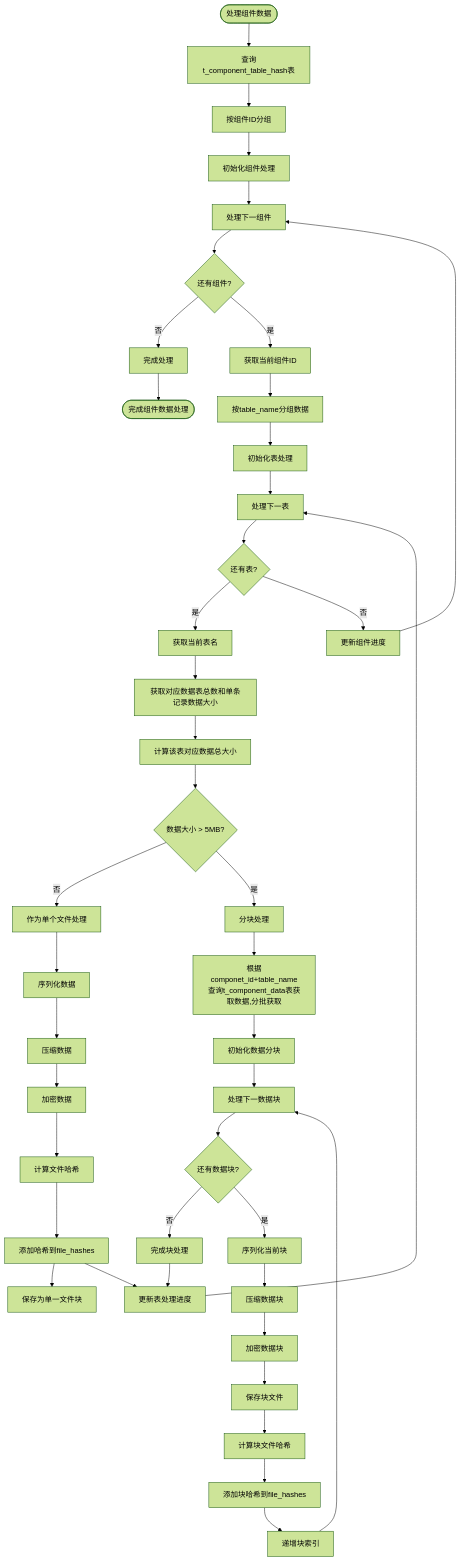
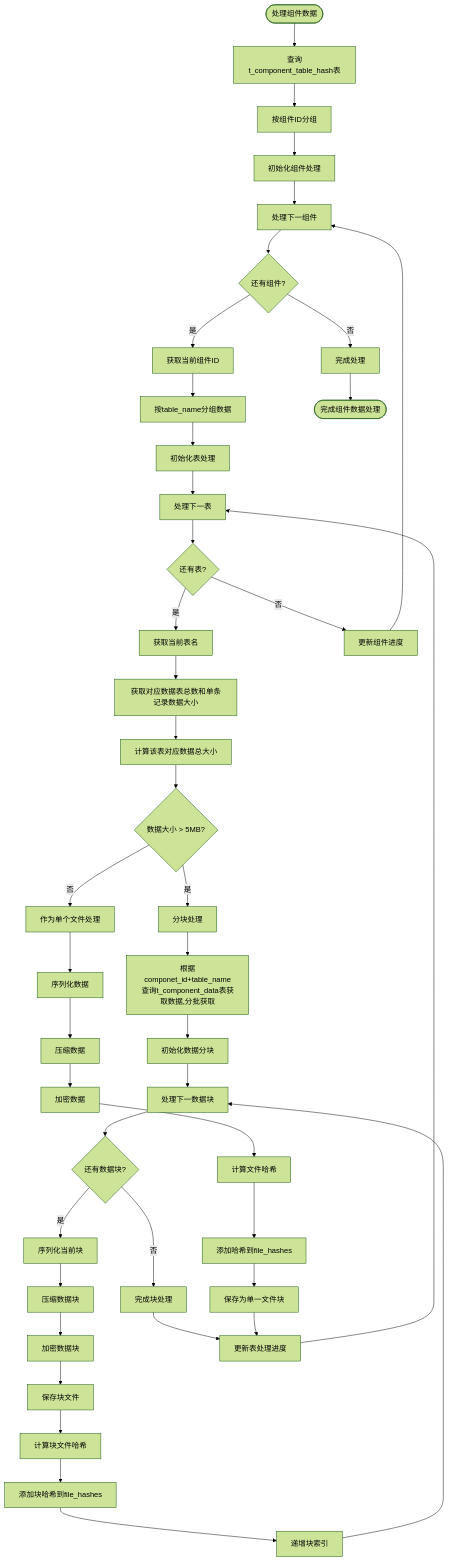
The diagram in all/未命名-56.md (yingjianzh/iodraw-files), drawn with Mermaid (forest theme) before and after one commit.

Commit message:
2025-05-12 14:39:10 update

````diff
--- a/all/未命名-56.md
+++ b/all/未命名-56.md
@@ -1,62 +1,62 @@
 ```mermaid
 
 flowchart TD
     Start([处理组件数据]) --> QueryDB[查询t_component_table_hash表]
     QueryDB --> GroupByComp[按组件ID分组]
     GroupByComp --> InitCompProcess[初始化组件处理]
     
     InitCompProcess --> ProcessNextComp[处理下一组件]
     ProcessNextComp --> MoreComps{还有组件?}
     MoreComps -->|否| CompleteProcess[完成处理]
     MoreComps -->|是| GetCompID[获取当前组件ID]
     
     GetCompID --> GroupByTable[按table_name分组数据]
     GroupByTable --> InitTableProcess[初始化表处理]
     
     InitTableProcess --> ProcessNextTable[处理下一表]
     ProcessNextTable --> MoreTables{还有表?}
 
     MoreTables -->|是| GetTableName[获取当前表名]
     MoreTables -->|否| UpdateCompProgress[更新组件进度]
     
     UpdateCompProgress --> ProcessNextComp
     
     GetTableName --> CheckDataSize[获取对应数据表总数和单条记录数据大小]
     CheckDataSize --> TotalSize[计算该表对应数据总大小]
 
     TotalSize --> DataSize{数据大小 > 5MB?}
    
     DataSize -->|否| ProcessSingleFile[作为单个文件处理]
     DataSize -->|是| ProcessMultipleChunks[分块处理]
 
     ProcessMultipleChunks --> QueryTableData[根据componet_id+table_name查询t_component_data表获取数据,分批获取]
     
     ProcessSingleFile --> SerializeData[序列化数据]
     SerializeData --> CompressData[压缩数据]
     CompressData --> EncryptData[加密数据]
     EncryptData --> CalcFileHash[计算文件哈希]
     CalcFileHash --> AddToFileHashes[添加哈希到file_hashes]
     AddToFileHashes --> SaveSingleFile[保存为单一文件块]
 
     QueryTableData --> InitChunks[初始化数据分块]
     InitChunks --> ProcessNextChunk[处理下一数据块]
     
     ProcessNextChunk --> MoreChunks{还有数据块?}
     MoreChunks -->|否| CompleteChunks[完成块处理]
     MoreChunks -->|是| SerializeChunk[序列化当前块]
     
     SerializeChunk --> CompressChunk[压缩数据块]
     CompressChunk --> EncryptChunk[加密数据块]
     EncryptChunk --> SaveChunkFile[保存块文件]
     SaveChunkFile --> CalcChunkHash[计算块文件哈希]
     CalcChunkHash --> AddChunkHash[添加块哈希到file_hashes]
     AddChunkHash --> IncrementChunkIndex[递增块索引]
     IncrementChunkIndex --> ProcessNextChunk
     
     CompleteChunks --> UpdateTableProgress[更新表处理进度]
-    AddToFileHashes --> UpdateTableProgress
+    SaveSingleFile --> UpdateTableProgress
     UpdateTableProgress --> ProcessNextTable
     
     CompleteProcess --> End([完成组件数据处理])
 
 ```
````
